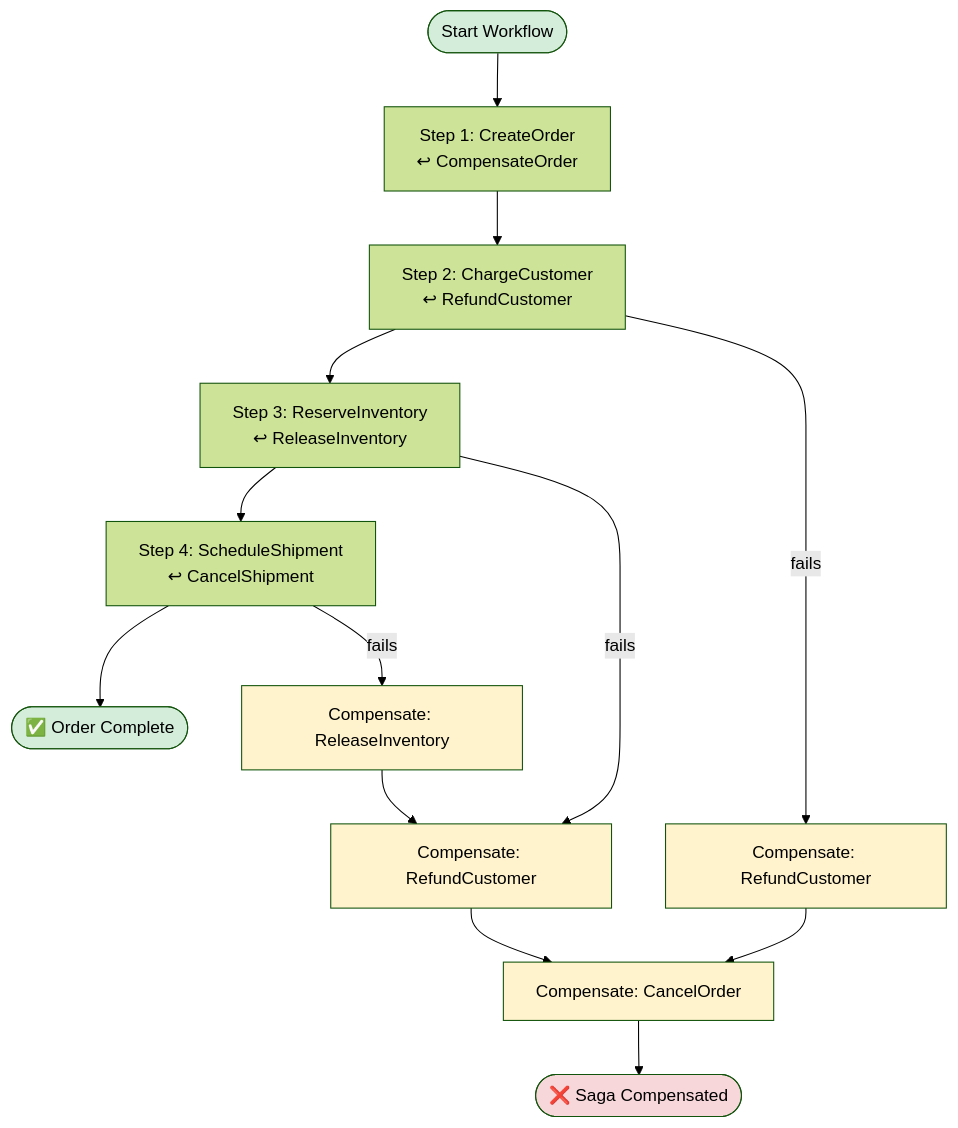
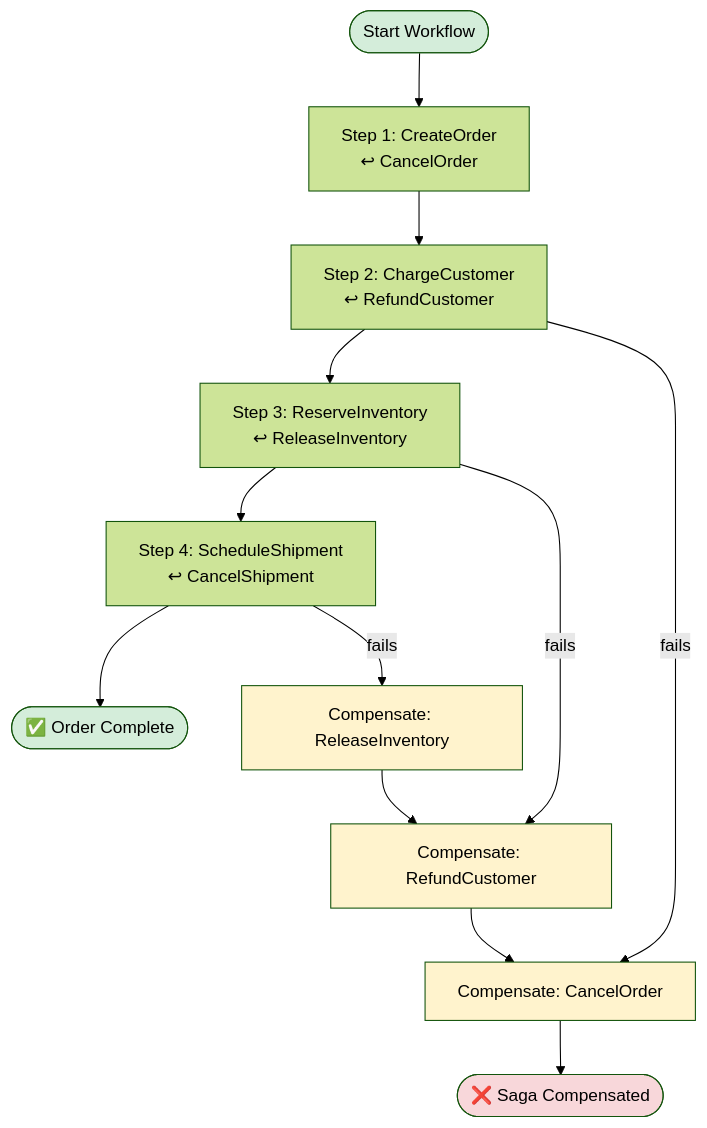
The fourth of 4 diagrams in Level-05-Architecture-Patterns/07-Saga-and-Orchestration/README.md (Ankan1998/learn-system-design), drawn with Mermaid (forest theme) before and after one commit. The commit also changed other lines of this file and 139 other files, not shown here.

````diff
--- a/Level-05-Architecture-Patterns/07-Saga-and-Orchestration/README.md
+++ b/Level-05-Architecture-Patterns/07-Saga-and-Orchestration/README.md
@@ -178,26 +178,24 @@
 ```mermaid
 graph TD
-    Start([Start Workflow]) --> T1["Step 1: CreateOrder<br/>↩ CompensateOrder"]
+    Start([Start Workflow]) --> T1["Step 1: CreateOrder<br/>↩ CancelOrder"]
     T1 --> T2["Step 2: ChargeCustomer<br/>↩ RefundCustomer"]
     T2 --> T3["Step 3: ReserveInventory<br/>↩ ReleaseInventory"]
     T3 --> T4["Step 4: ScheduleShipment<br/>↩ CancelShipment"]
     T4 --> End([✅ Order Complete])
 
-    T2 -->|fails| C2["Compensate: RefundCustomer"]
-    C2 --> C1["Compensate: CancelOrder"]
+    T2 -->|fails| C1["Compensate: CancelOrder"]
     C1 --> EndFail([❌ Saga Compensated])
 
     T3 -->|fails| C3["Compensate: RefundCustomer"]
     C3 --> C1
 
     T4 -->|fails| C4["Compensate: ReleaseInventory"]
     C4 --> C3
 
     style Start fill:#d4edda,color:#000
     style End fill:#d4edda,color:#000
     style EndFail fill:#f8d7da,color:#000
     style C1 fill:#fff3cd,color:#000
-    style C2 fill:#fff3cd,color:#000
     style C3 fill:#fff3cd,color:#000
     style C4 fill:#fff3cd,color:#000
 ```
````
